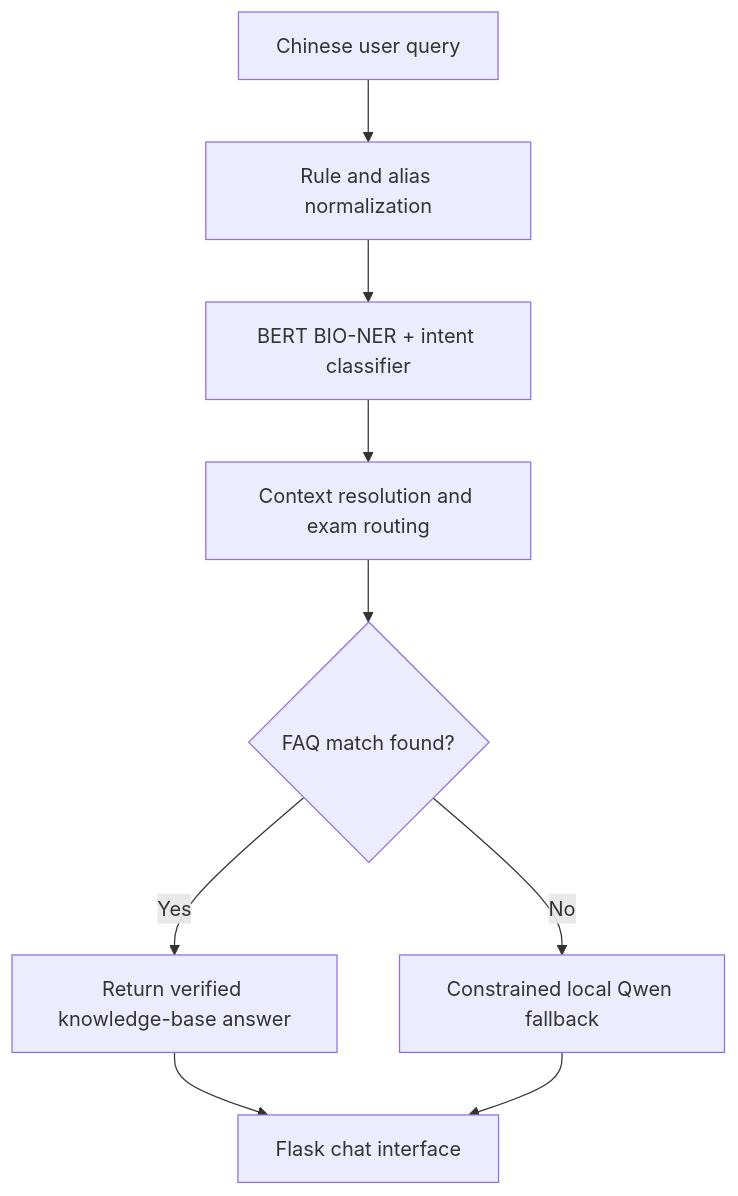
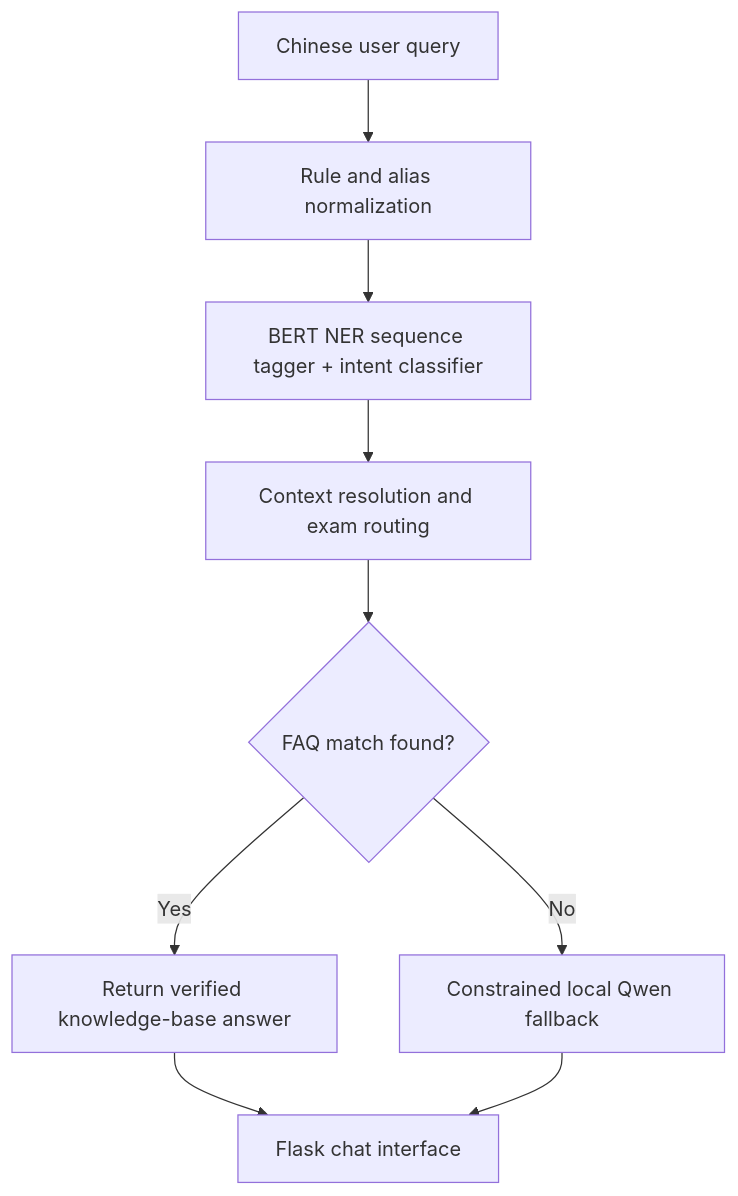
The diagram in README.md (Kathryn1206/bio-ner-vertical-qa), drawn with Mermaid before and after one commit. The commit also changed other lines of this file and 8 other files, not shown here.

````diff
--- a/README.md
+++ b/README.md
@@ -85,11 +85,11 @@
 ```mermaid
 flowchart TD
     A["Chinese user query"] --> B["Rule and alias normalization"]
-    B --> C["BERT BIO-NER + intent classifier"]
+    B --> C["BERT NER sequence tagger + intent classifier"]
     C --> D["Context resolution and exam routing"]
     D --> E{"FAQ match found?"}
     E -- Yes --> F["Return verified knowledge-base answer"]
     E -- No --> G["Constrained local Qwen fallback"]
     F --> H["Flask chat interface"]
     G --> H
 ```
````
